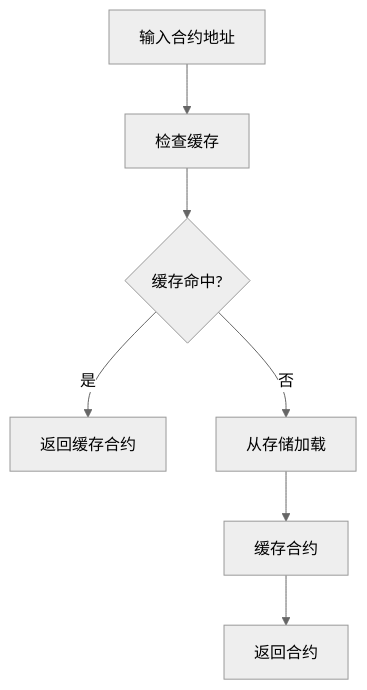
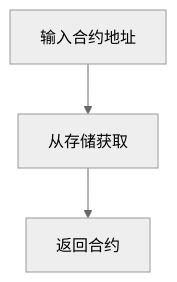
The third of 7 diagrams in docs/detailed_design/contract_manager_detailed_design.md (lengzhao/vm), drawn with Mermaid (neutral theme) before and after one commit. The commit also changed other lines of this file and 12 other files, not shown here.

````diff
--- a/docs/detailed_design/contract_manager_detailed_design.md
+++ b/docs/detailed_design/contract_manager_detailed_design.md
@@ -123,9 +114,5 @@
 ```mermaid
 graph TD
-A[输入合约地址] --> B[检查缓存]
-B --> C{缓存命中?}
-C --> |是| D[返回缓存合约]
-C --> |否| E[从存储加载]
-E --> F[缓存合约]
-F --> G[返回合约]
+A[输入合约地址] --> B[从存储获取]
+B --> C[返回合约]
 ```
````
